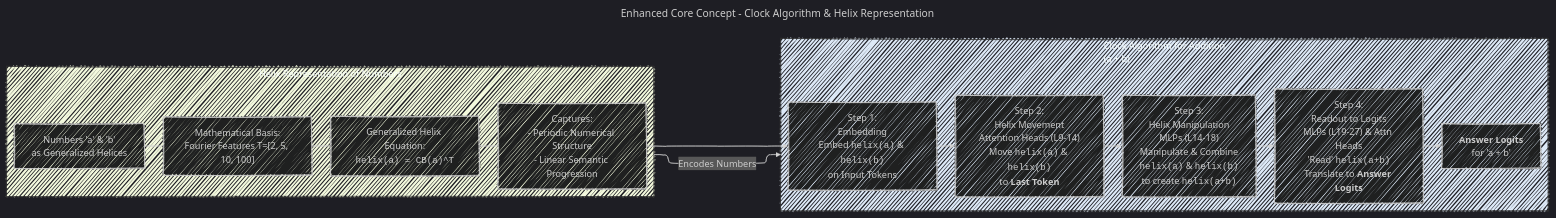
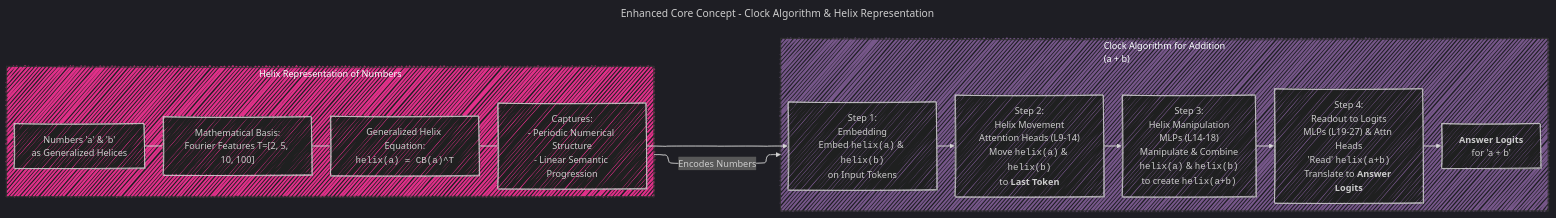
One commit to CongLeSolutionX/AlgoVerse changed the first of 6 diagrams in Latest_Algorithms/Language_Models_Use_Trigonometry_to_Do_Addition/Language_Models_Use_Trigonometry_to_Do_Addition_V2.md. Above: the diagram before and after it, drawn with Mermaid. The commit also changed other lines of this file, not shown here.

````diff
--- a/Latest_Algorithms/Language_Models_Use_Trigonometry_to_Do_Addition/Language_Models_Use_Trigonometry_to_Do_Addition_V2.md
+++ b/Latest_Algorithms/Language_Models_Use_Trigonometry_to_Do_Addition/Language_Models_Use_Trigonometry_to_Do_Addition_V2.md
@@ -24,37 +24,37 @@
 ```mermaid
 ---
 title: Enhanced Core Concept - Clock Algorithm & Helix Representation
 config:
   layout: elk
   look: handDrawn
   theme: dark
 ---
 flowchart LR
     subgraph Helix_Representation["Helix Representation of Numbers"]
-    style Helix_Representation fill:#f3f9dd,stroke:#333,stroke-width:1.2px
+    style Helix_Representation fill:#f39d,stroke:#333,stroke-width:1.2px
         HR1["Numbers 'a' & 'b'<br>as Generalized Helices"];
         HR2["Mathematical Basis:<br>Fourier Features T=[2, 5, 10, 100]"];
         HR3["Generalized Helix Equation:<br><code>helix(a) = CB(a)^T</code>"];
         HR4["Captures:<br>- Periodic Numerical Structure<br>- Linear Semantic Progression"];
         HR1 --- HR2 --- HR3 --- HR4
     end
 
     subgraph Clock_Algorithm ["Clock Algorithm for Addition<br>(a + b)"]
-    style Clock_Algorithm fill:#dde9f7,stroke:#333,stroke-width:1.2px
+    style Clock_Algorithm fill:#d9f7,stroke:#333,stroke-width:1.2px
         CA1["Step 1:<br>Embedding<br>Embed <code>helix(a)</code> & <code>helix(b)</code><br>on Input Tokens"];
         CA2["Step 2:<br>Helix Movement<br>Attention Heads (L9-14)<br>Move <code>helix(a)</code> & <code>helix(b)</code><br>to <b>Last Token</b>"];
         CA3["Step 3:<br>Helix Manipulation<br>MLPs (L14-18)<br>Manipulate & Combine<br><code>helix(a)</code> & <code>helix(b)</code><br>to create <code>helix(a+b)</code>"];
         CA4["Step 4:<br>Readout to Logits<br>MLPs (L19-27) & Attn Heads<br>'Read' <code>helix(a+b)</code><br>Translate to <b>Answer Logits</b>"];
         CA5["<b>Answer Logits</b><br>for 'a + b'"];
 
         CA1 --> CA2 --> CA3 --> CA4 --> CA5
     end
 
     Helix_Representation -- Encodes Numbers --> Clock_Algorithm
     HR4 --> CA1
 
     %% linkStyle 0,1,2,3,4 stroke-width:2px,stroke:#558B2F;
     %% linkStyle 5,6,7,8,9 stroke-width:2px,stroke:#3498DB;
     %% linkStyle 10 stroke-width:1.5px,stroke:black,style:dashed;
     
 ```
````
